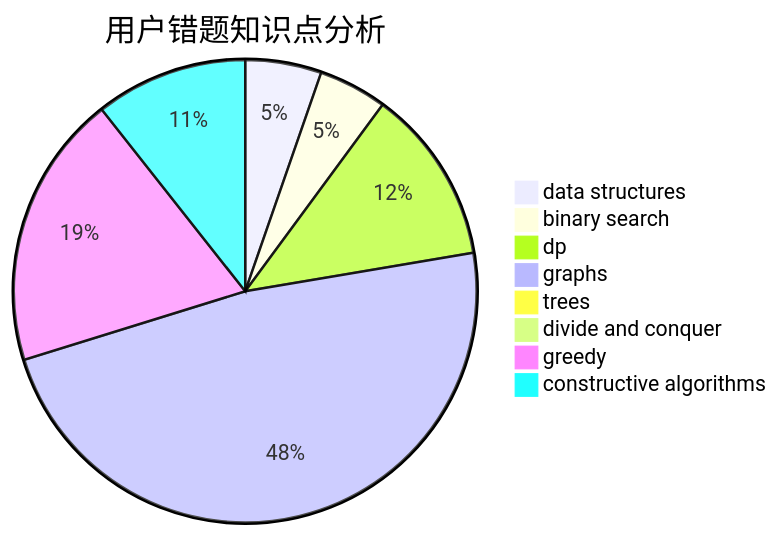
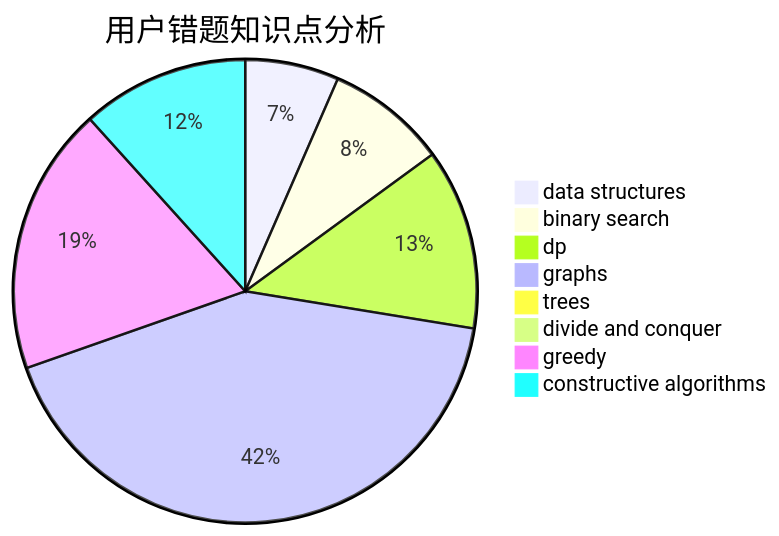
One commit to sherpahu/cfrs.github.io changed the third of 3 diagrams in docs/user/u678.md. Above: the diagram before and after it, drawn with Mermaid. The commit also changed other lines of this file and 2770 other files, not shown here.

````diff
--- a/docs/user/u678.md
+++ b/docs/user/u678.md
@@ -36,11 +36,11 @@
 ```mermaid
 pie title 用户错题知识点分析
-    "data structures" :  10
-    "binary search" :  9
-    "dp" :  23
+    "data structures" :  14
+    "binary search" :  18
+    "dp" :  27
     "graphs" :  90
     "trees" :  0
     "divide and conquer" :  0
-    "greedy" :  36
-    "constructive algorithms" :  20
+    "greedy" :  40
+    "constructive algorithms" :  25
 ```
````
